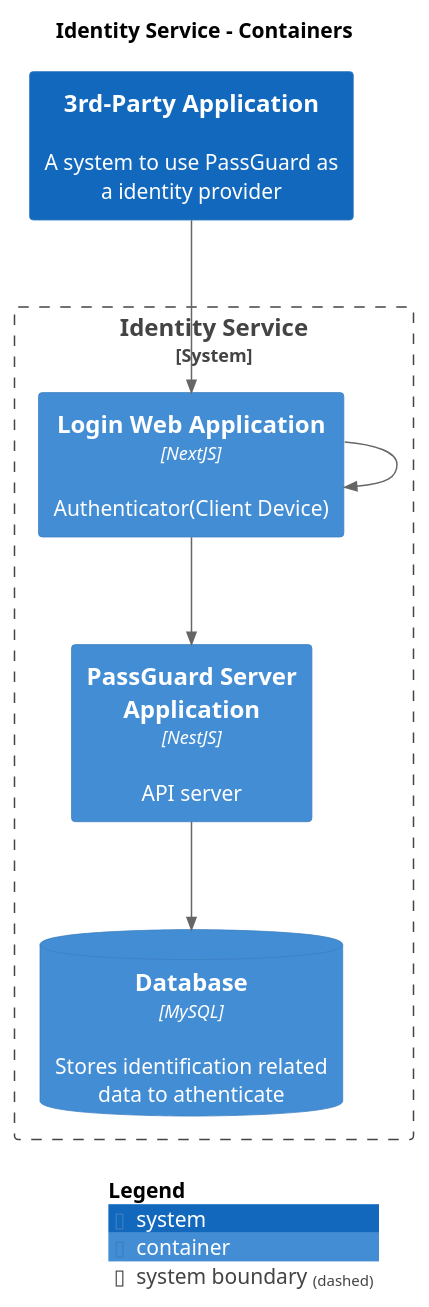
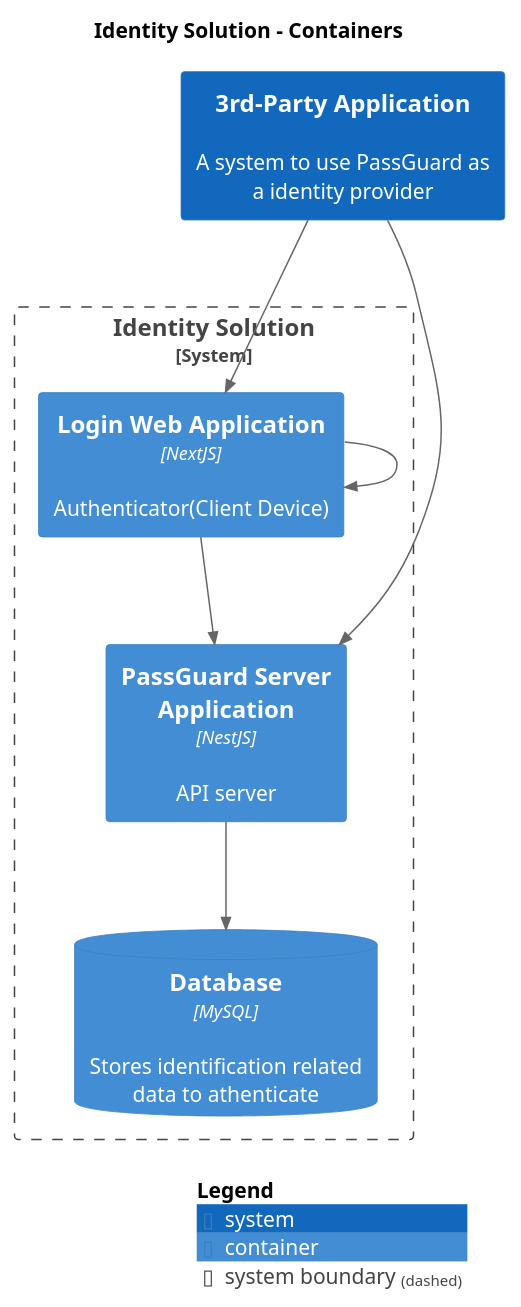
The diagram in master/puml/Containers.puml (IntellectusCorp/passguard-docs), drawn with PlantUML before and after one commit. The commit also changed 73 other files, not shown here.

```diff
--- a/master/puml/Containers.puml
+++ b/master/puml/Containers.puml
@@ -1,25 +1,26 @@
 @startuml
 set separator none
-title Identity Service - Containers
+title Identity Solution - Containers
 
 top to bottom direction
 
 !include <C4/C4>
 !include <C4/C4_Context>
 !include <C4/C4_Container>
 
 System(3rdPartyApplication, "3rd-Party Application", $descr="A system to use PassGuard as a identity provider", $tags="", $link="")
 
-System_Boundary("IdentityService_boundary", "Identity Service", $tags="") {
-  Container(IdentityService.LoginWebApplication, "Login Web Application", $techn="NextJS", $descr="Authenticator(Client Device)", $tags="", $link="")
-  Container(IdentityService.PassGuardServerApplication, "PassGuard Server Application", $techn="NestJS", $descr="API server", $tags="", $link="")
-  ContainerDb(IdentityService.Database, "Database", $techn="MySQL", $descr="Stores identification related data to athenticate", $tags="", $link="")
+System_Boundary("IdentitySolution_boundary", "Identity Solution", $tags="") {
+  Container(IdentitySolution.LoginWebApplication, "Login Web Application", $techn="NextJS", $descr="Authenticator(Client Device)", $tags="", $link="")
+  Container(IdentitySolution.PassGuardServerApplication, "PassGuard Server Application", $techn="NestJS", $descr="API server", $tags="", $link="")
+  ContainerDb(IdentitySolution.Database, "Database", $techn="MySQL", $descr="Stores identification related data to athenticate", $tags="", $link="")
 }
 
-Rel(3rdPartyApplication, IdentityService.LoginWebApplication, "", $techn="", $tags="", $link="")
-Rel(IdentityService.LoginWebApplication, IdentityService.PassGuardServerApplication, "", $techn="", $tags="", $link="")
-Rel(IdentityService.LoginWebApplication, IdentityService.LoginWebApplication, "", $techn="", $tags="", $link="")
-Rel(IdentityService.PassGuardServerApplication, IdentityService.Database, "", $techn="", $tags="", $link="")
+Rel(IdentitySolution.PassGuardServerApplication, IdentitySolution.Database, "", $techn="", $tags="", $link="")
+Rel(3rdPartyApplication, IdentitySolution.LoginWebApplication, "", $techn="", $tags="", $link="")
+Rel(IdentitySolution.LoginWebApplication, IdentitySolution.PassGuardServerApplication, "", $techn="", $tags="", $link="")
+Rel(IdentitySolution.LoginWebApplication, IdentitySolution.LoginWebApplication, "", $techn="", $tags="", $link="")
+Rel(3rdPartyApplication, IdentitySolution.PassGuardServerApplication, "", $techn="", $tags="", $link="")
 
 SHOW_LEGEND(true)
 @enduml
```
